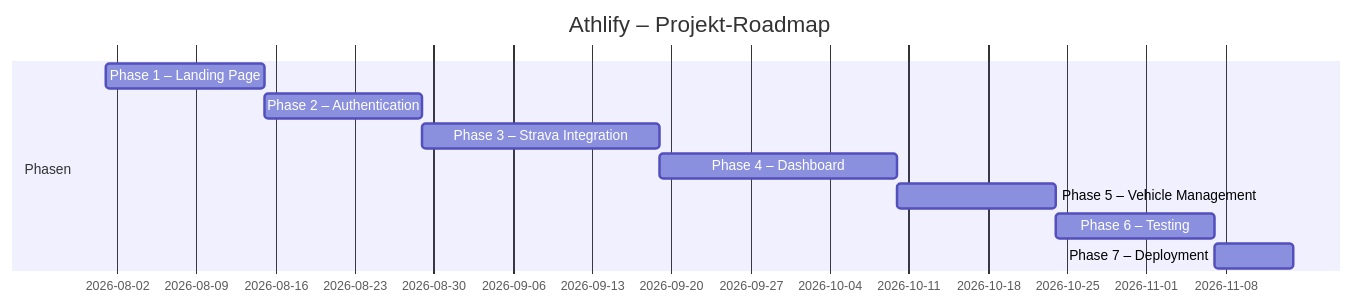
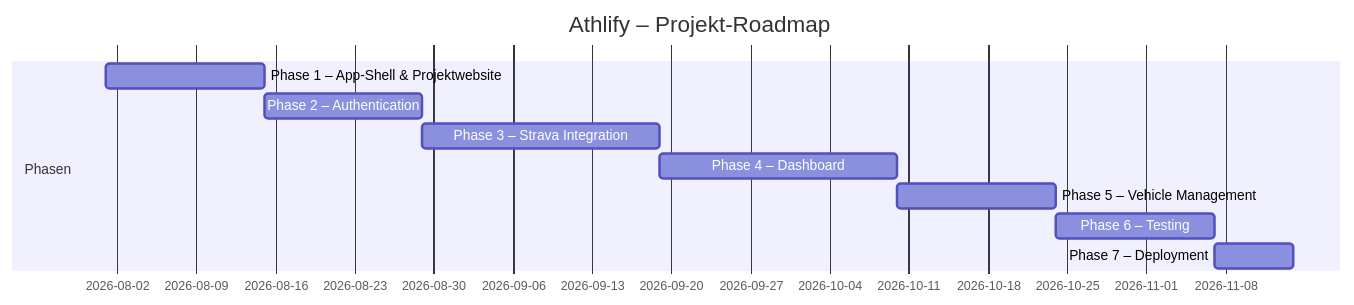
The fourth of 7 diagrams in docs/athlify_concept.md (NRG-Drink/athlify), drawn with Mermaid before and after one commit. The commit also changed other lines of this file and 3 other files, not shown here.

````diff
--- a/docs/athlify_concept.md
+++ b/docs/athlify_concept.md
@@ -996,13 +1025,13 @@
 ```mermaid
 gantt
     title Athlify – Projekt-Roadmap
     dateFormat  YYYY-MM-DD
     section Phasen
-    Phase 1 – Landing Page           :p1, 2026-08-01, 2w
+    Phase 1 – App-Shell & Projektwebsite :p1, 2026-08-01, 2w
     Phase 2 – Authentication         :p2, after p1, 2w
     Phase 3 – Strava Integration     :p3, after p2, 3w
     Phase 4 – Dashboard              :p4, after p3, 3w
     Phase 5 – Vehicle Management     :p5, after p4, 2w
     Phase 6 – Testing                :p6, after p5, 2w
     Phase 7 – Deployment             :p7, after p6, 1w
 ```
````
